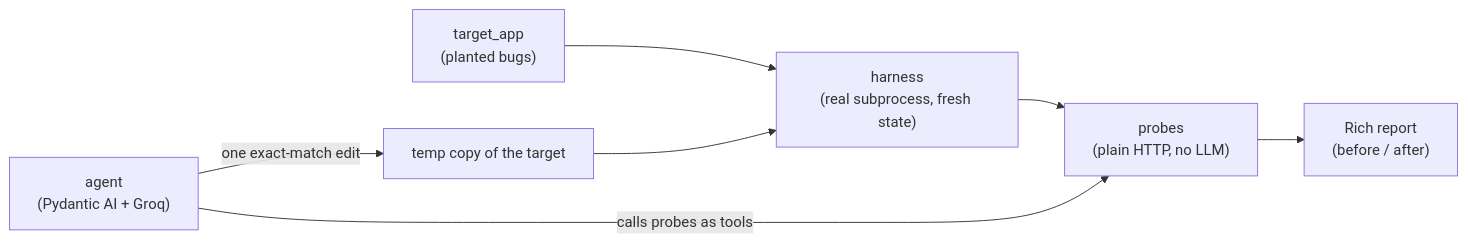
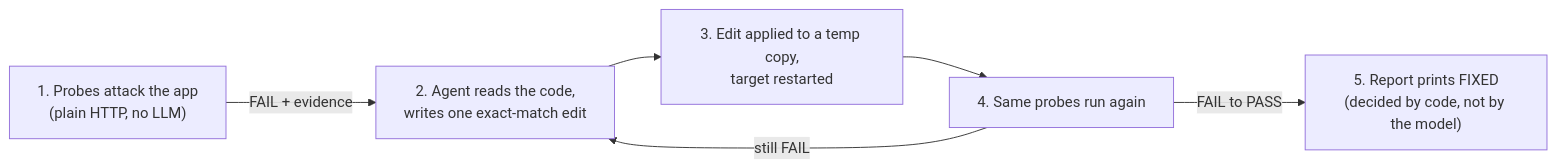
Before and after one commit to ShubhamCodeWiz/codeBreaker: the diagram in README.md, drawn with Mermaid. The commit also changed other lines of this file, not shown here.

````diff
--- a/README.md
+++ b/README.md
@@ -35,9 +35,8 @@
 ```mermaid
 flowchart LR
-  T["target_app<br/>(planted bugs)"] --> H["harness<br/>(real subprocess, fresh state)"]
-  H --> P["probes<br/>(plain HTTP, no LLM)"]
-  P --> R["Rich report<br/>(before / after)"]
-  A["agent<br/>(Pydantic AI + Groq)"] -->|"calls probes as tools"| P
-  A -->|"one exact-match edit"| W["temp copy of the target"]
-  W --> H
+  P1["1. Probes attack the app<br/>(plain HTTP, no LLM)"] -->|"FAIL + evidence"| A["2. Agent reads the code,<br/>writes one exact-match edit"]
+  A --> W["3. Edit applied to a temp copy,<br/>target restarted"]
+  W --> P2["4. Same probes run again"]
+  P2 -->|"still FAIL"| A
+  P2 -->|"FAIL to PASS"| R["5. Report prints FIXED<br/>(decided by code, not by the model)"]
 ```
````
